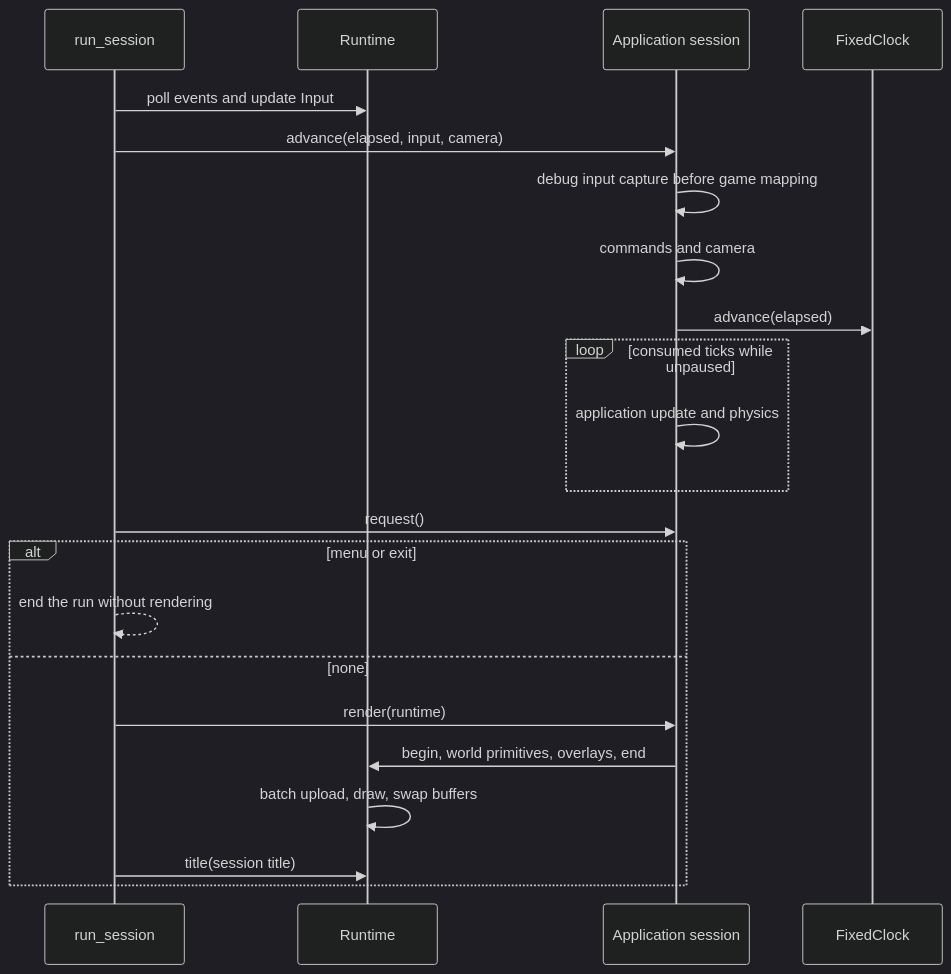
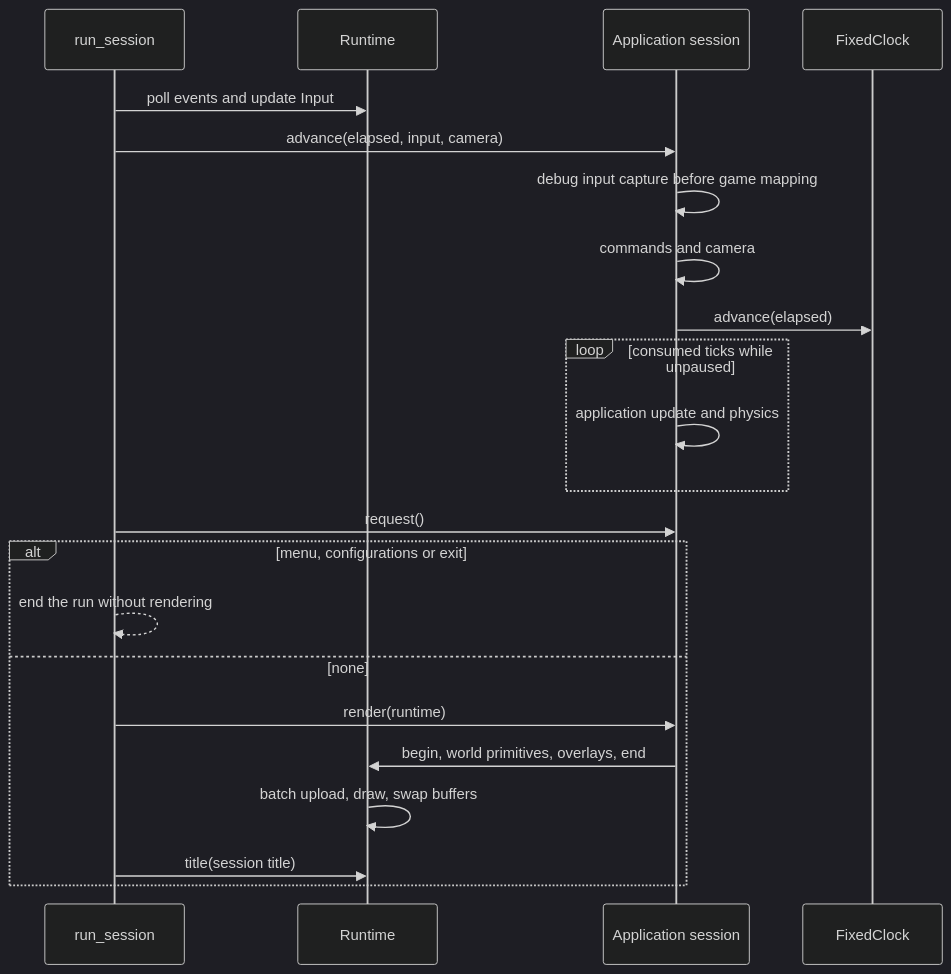
Before and after one commit to SMB-M87/Kinetra: the fourth of 4 diagrams in docs/architecture.md, drawn with Mermaid (dark theme).

Commit message:
docs(architecture): run_session ends on a configurations request too
Claude-Session: https://claude.ai/code/session_01X7aQDDU7XY68eLTdPSskpH

````diff
--- a/docs/architecture.md
+++ b/docs/architecture.md
@@ -64,24 +64,24 @@
 ```mermaid
 sequenceDiagram
     participant Main as run_session
     participant R as Runtime
     participant S as Application session
     participant C as FixedClock
     Main->>R: poll events and update Input
     Main->>S: advance(elapsed, input, camera)
     S->>S: debug input capture before game mapping
     S->>S: commands and camera
     S->>C: advance(elapsed)
     loop consumed ticks while unpaused
         S->>S: application update and physics
     end
     Main->>S: request()
-    alt menu or exit
+    alt menu, configurations or exit
         Main-->>Main: end the run without rendering
     else none
         Main->>S: render(runtime)
         S->>R: begin, world primitives, overlays, end
         R->>R: batch upload, draw, swap buffers
         Main->>R: title(session title)
     end
 ```
````
